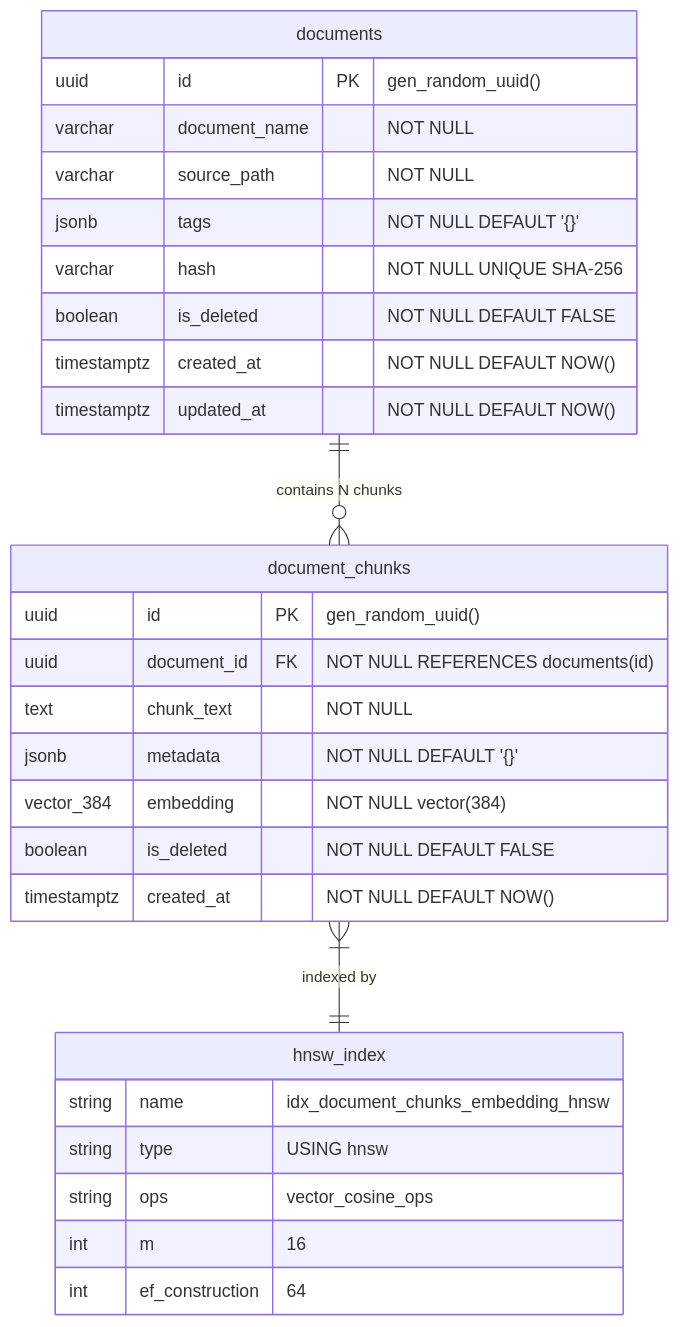
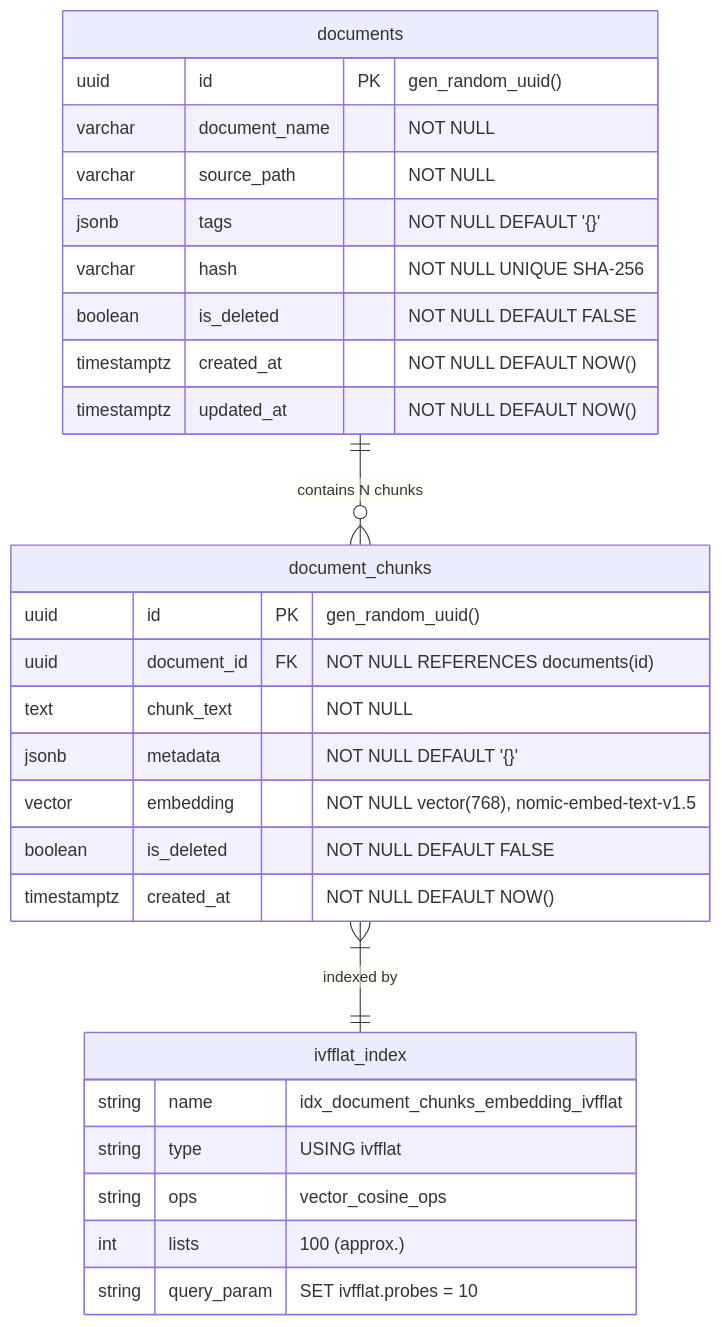
One commit to pdikondaaa/aa-hackathon changed the diagram in knowledge-specs/docs/08-data/vector-schema.md. Above: the diagram before and after it, drawn with Mermaid. The commit also changed other lines of this file and 71 other files, not shown here.

````diff
--- a/knowledge-specs/docs/08-data/vector-schema.md
+++ b/knowledge-specs/docs/08-data/vector-schema.md
@@ -19,31 +19,31 @@
 ```mermaid
 erDiagram
     documents {
         uuid id PK "gen_random_uuid()"
         varchar document_name "NOT NULL"
         varchar source_path "NOT NULL"
         jsonb tags "NOT NULL DEFAULT '{}'"
         varchar hash "NOT NULL UNIQUE SHA-256"
         boolean is_deleted "NOT NULL DEFAULT FALSE"
         timestamptz created_at "NOT NULL DEFAULT NOW()"
         timestamptz updated_at "NOT NULL DEFAULT NOW()"
     }
     document_chunks {
         uuid id PK "gen_random_uuid()"
         uuid document_id FK "NOT NULL REFERENCES documents(id)"
         text chunk_text "NOT NULL"
         jsonb metadata "NOT NULL DEFAULT '{}'"
-        vector_384 embedding "NOT NULL vector(384)"
+        vector embedding "NOT NULL vector(768), nomic-embed-text-v1.5"
         boolean is_deleted "NOT NULL DEFAULT FALSE"
         timestamptz created_at "NOT NULL DEFAULT NOW()"
     }
-    hnsw_index {
-        string name "idx_document_chunks_embedding_hnsw"
-        string type "USING hnsw"
+    ivfflat_index {
+        string name "idx_document_chunks_embedding_ivfflat"
+        string type "USING ivfflat"
         string ops "vector_cosine_ops"
-        int m "16"
-        int ef_construction "64"
+        int lists "100 (approx.)"
+        string query_param "SET ivfflat.probes = 10"
     }
     documents ||--o{ document_chunks : "contains N chunks"
-    document_chunks }|--|| hnsw_index : "indexed by"
+    document_chunks }|--|| ivfflat_index : "indexed by"
 ```
````
